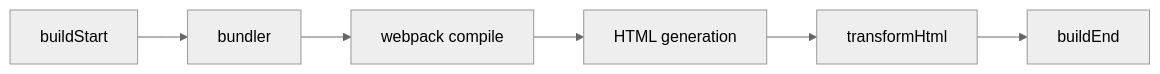
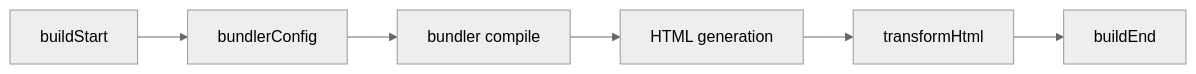
Before and after one commit to afx-team/evjs: the diagram in docs/docs/plugins.md, drawn with Mermaid (neutral theme). The commit also changed other lines of this file and 29 other files, not shown here.

````diff
--- a/docs/docs/plugins.md
+++ b/docs/docs/plugins.md
@@ -63,8 +63,8 @@
 ```mermaid
 flowchart LR
-    A[buildStart] --> B[bundler]
-    B --> C["webpack compile"]
+    A[buildStart] --> B[bundlerConfig]
+    B --> C["bundler compile"]
     C --> D["HTML generation"]
     D --> E[transformHtml]
     E --> F[buildEnd]
 ```
````
